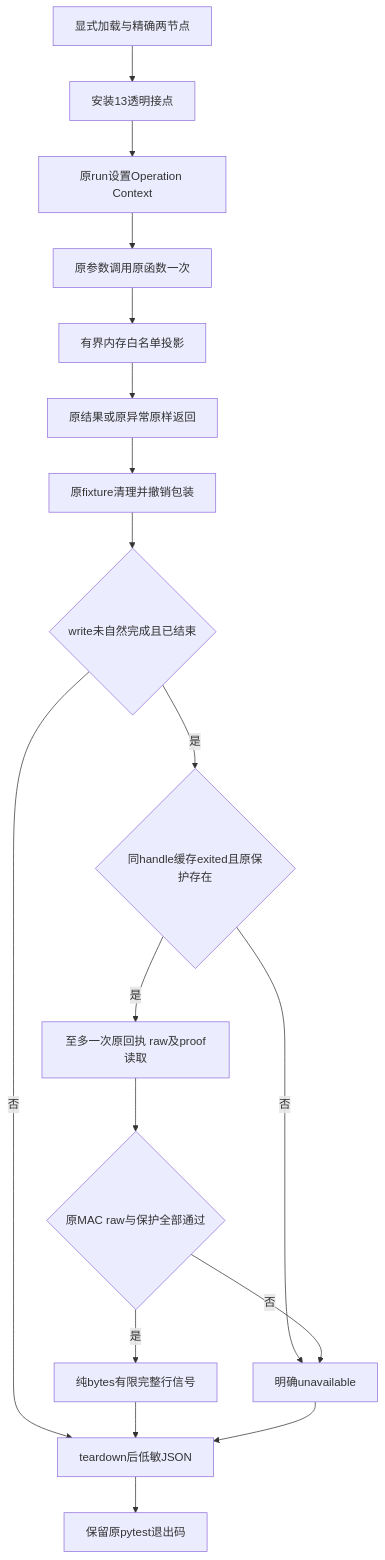
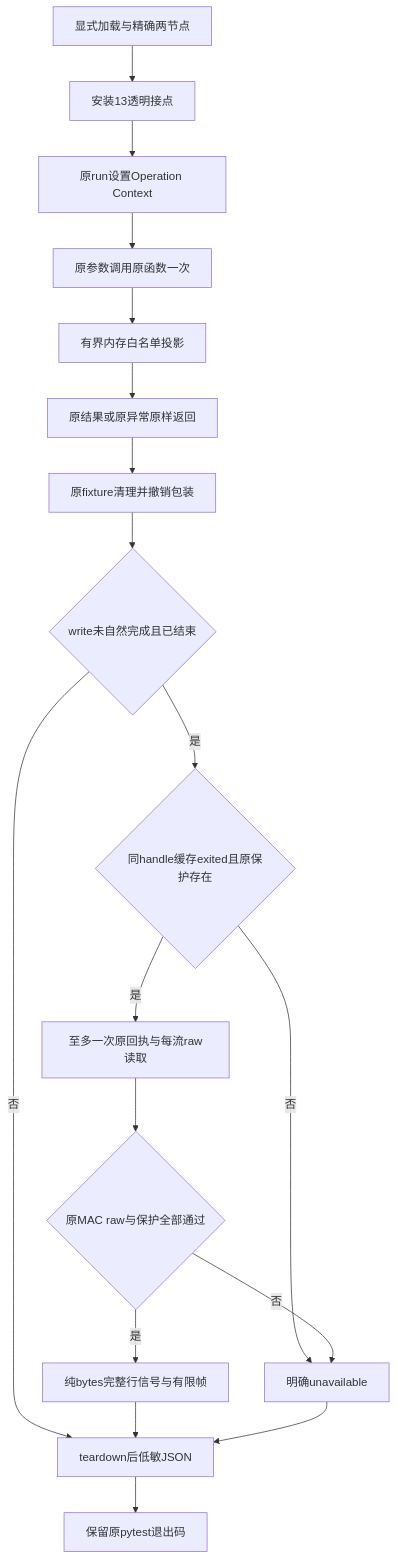
Before and after one commit to carrie1988/Harnessix: the second of 4 diagrams in docs/changes/m09-r4-windows-minimum-commit-probe.md, drawn with Mermaid. The commit also changed other lines of this file and 18 other files, not shown here.

````diff
--- a/docs/changes/m09-r4-windows-minimum-commit-probe.md
+++ b/docs/changes/m09-r4-windows-minimum-commit-probe.md
@@ -104,20 +105,20 @@
 ```mermaid
 flowchart TD
   Start[显式加载与精确两节点] --> Install[安装13透明接点]
   Install --> Run[原run设置Operation Context]
   Run --> Call[原参数调用原函数一次]
   Call --> Project[有界内存白名单投影]
   Project --> Original[原结果或原异常原样返回]
   Original --> Cleanup[原fixture清理并撤销包装]
   Cleanup --> Need{write未自然完成且已结束}
   Need -->|否| Publish[teardown后低敏JSON]
   Need -->|是| Gate{同handle缓存exited且原保护存在}
   Gate -->|否| Missing[明确unavailable]
-  Gate -->|是| Once[至多一次原回执 raw及proof读取]
+  Gate -->|是| Once[至多一次原回执与每流raw读取]
   Once --> Verified{原MAC raw与保护全部通过}
-  Verified -->|是| Signals[纯bytes有限完整行信号]
+  Verified -->|是| Signals[纯bytes完整行信号与有限帧]
   Signals --> Publish
   Verified -->|否| Missing
   Missing --> Publish
   Publish --> Exit[保留原pytest退出码]
 ```
````
